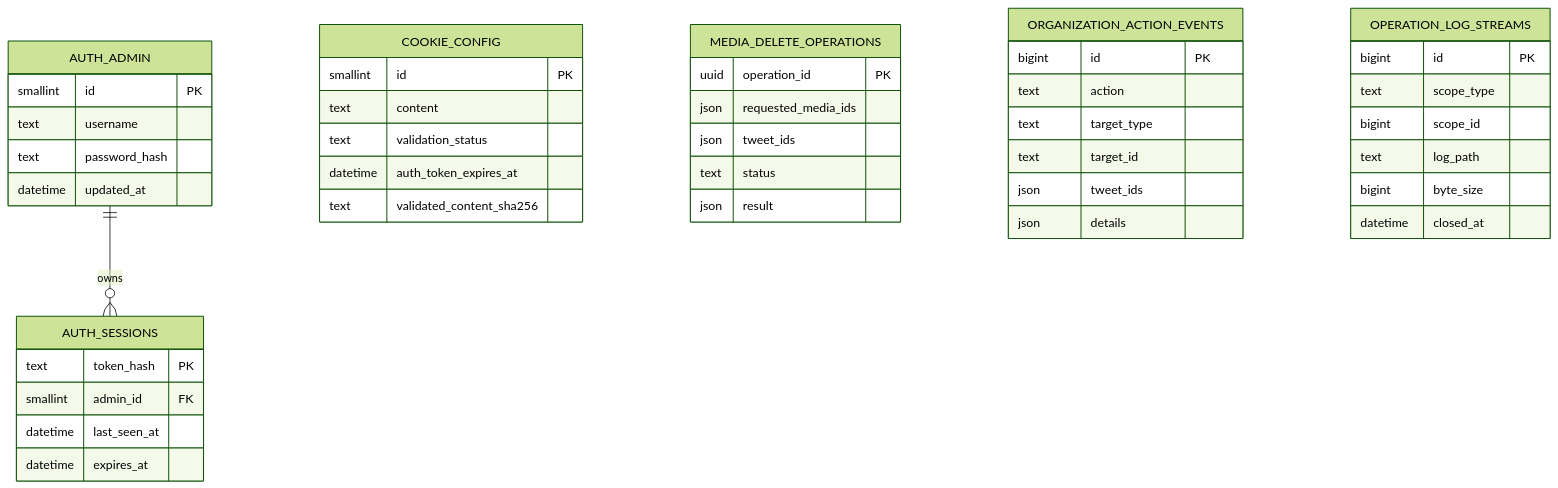
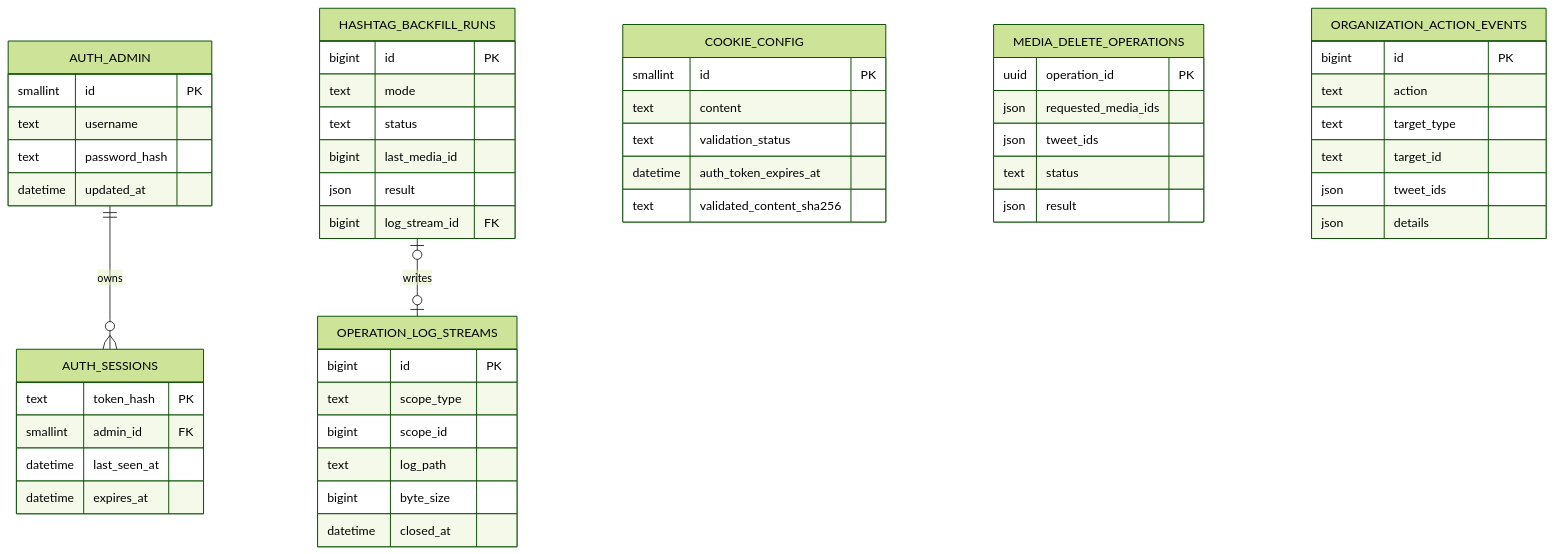
One commit to namehu/x-media-archiver changed the fifth of 5 diagrams in docs/architecture/data-model.md. Above: the diagram before and after it, drawn with Mermaid (forest theme). The commit also changed other lines of this file and 30 other files, not shown here.

````diff
--- a/docs/architecture/data-model.md
+++ b/docs/architecture/data-model.md
@@ -275,47 +291,56 @@
 ```mermaid
 erDiagram
     AUTH_ADMIN ||--o{ AUTH_SESSIONS : owns
+    HASHTAG_BACKFILL_RUNS o|--o| OPERATION_LOG_STREAMS : writes
 
     AUTH_ADMIN {
         smallint id PK
         text username
         text password_hash
         datetime updated_at
     }
     AUTH_SESSIONS {
         text token_hash PK
         smallint admin_id FK
         datetime last_seen_at
         datetime expires_at
     }
     COOKIE_CONFIG {
         smallint id PK
         text content
         text validation_status
         datetime auth_token_expires_at
         text validated_content_sha256
     }
     MEDIA_DELETE_OPERATIONS {
         uuid operation_id PK
         json requested_media_ids
         json tweet_ids
         text status
         json result
     }
     ORGANIZATION_ACTION_EVENTS {
         bigint id PK
         text action
         text target_type
         text target_id
         json tweet_ids
         json details
     }
+    HASHTAG_BACKFILL_RUNS {
+        bigint id PK
+        text mode
+        text status
+        bigint last_media_id
+        json result
+        bigint log_stream_id FK
+    }
     OPERATION_LOG_STREAMS {
         bigint id PK
         text scope_type
         bigint scope_id
         text log_path
         bigint byte_size
         datetime closed_at
     }
 ```
````
